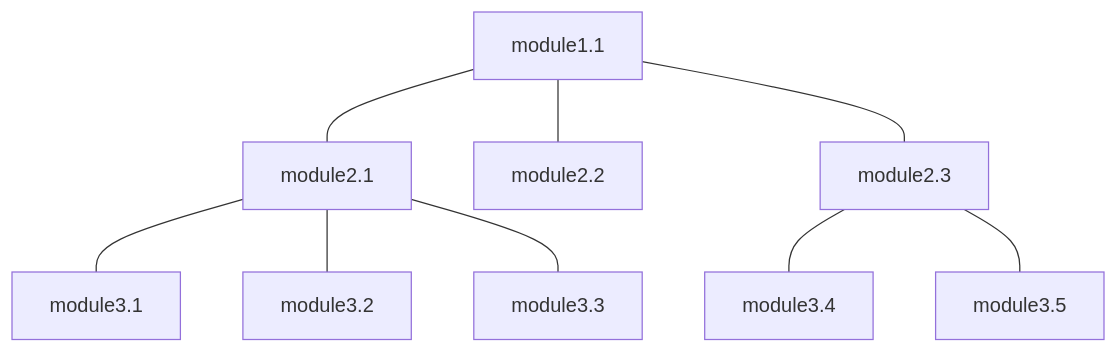
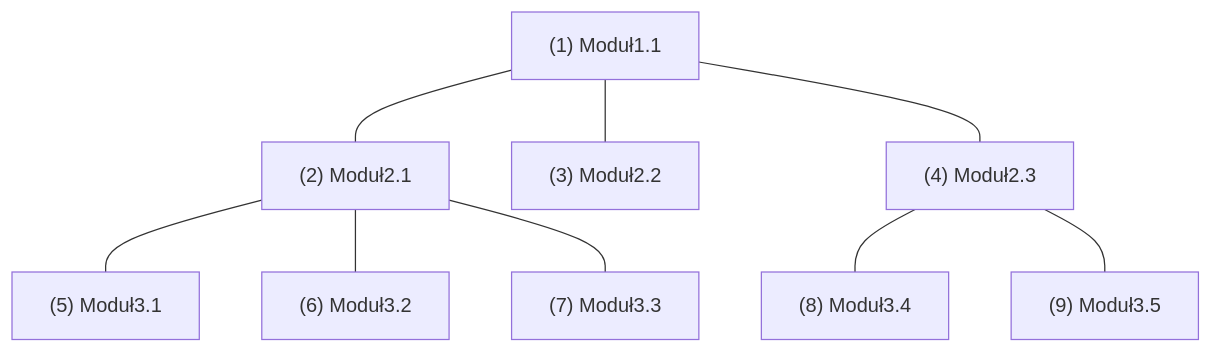
Before and after one commit to happimaker/lecture001: the tenth of 10 diagrams in docs/README.md, drawn with Mermaid.

Commit message:
integration graph

````diff
--- a/docs/README.md
+++ b/docs/README.md
@@ -846,11 +846,11 @@
 ```mermaid
 graph TD
-    module1.1 --- module2.1
-    module1.1 --- module2.2
-    module1.1 --- module2.3
-    module2.1 --- module3.1
-    module2.1 --- module3.2
-    module2.1 --- module3.3
-    module2.3 --- module3.4
-    module2.3 --- module3.5
+    module1.1["(1) Moduł1.1"] --- module2.1["(2) Moduł2.1"]
+    module1.1 --- module2.2["(3) Moduł2.2"]
+    module1.1 --- module2.3["(4) Moduł2.3"]
+    module2.1 --- module3.1["(5) Moduł3.1"]
+    module2.1 --- module3.2["(6) Moduł3.2"]
+    module2.1 --- module3.3["(7) Moduł3.3"]
+    module2.3 --- module3.4["(8) Moduł3.4"]
+    module2.3 --- module3.5["(9) Moduł3.5"]
 ```
````
